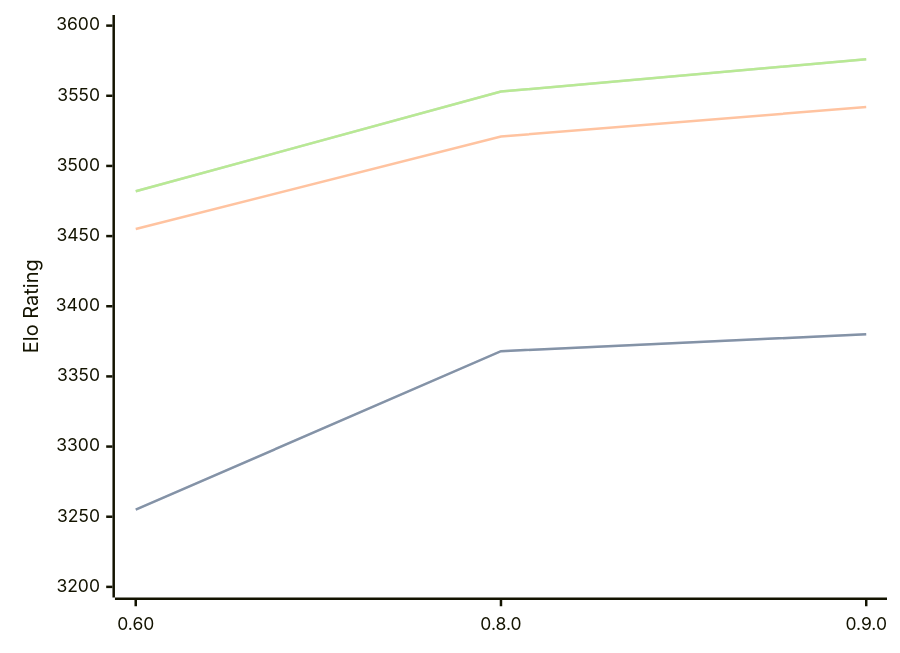
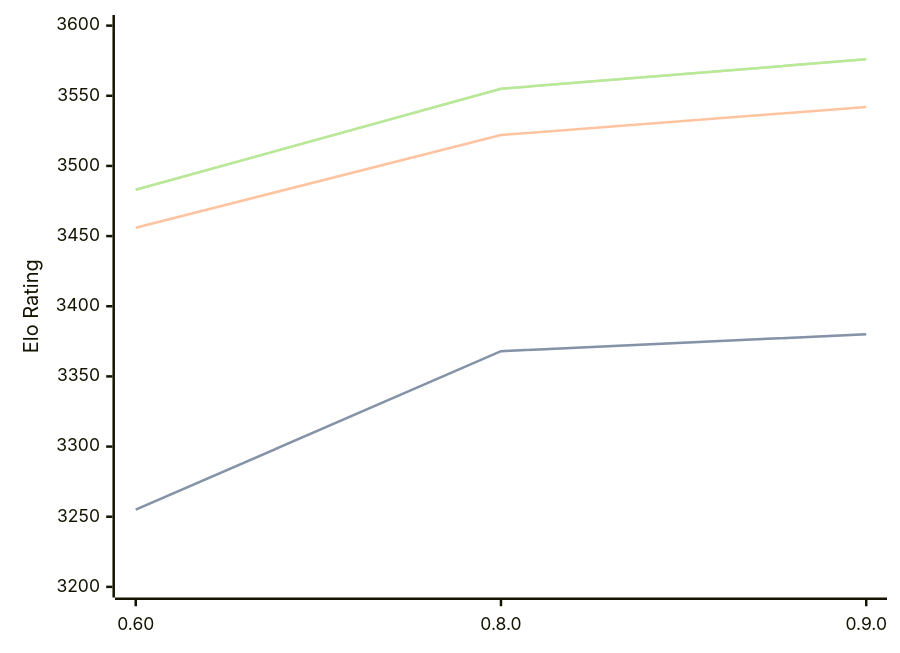
Before and after one commit to computer-chess-index/cci: the diagram in engines/Motor.md, drawn with Mermaid. The commit also changed other lines of this file, not shown here.

Commit message:
Update CCI Ratings (ELO VLTC) - 2026-05-04

````diff
--- a/engines/Motor.md
+++ b/engines/Motor.md
@@ -39,11 +39,11 @@
 ```mermaid
 %%{init: {"theme":"base","themeVariables":{"seriesColors:['#a3a3a3','#222221','#faa371']}}}%%
 xychart-beta
   x-axis ["0.60", "0.8.0", "0.9.0"]
   y-axis "Elo Rating" 3200 --> 3600
   line "STC (8.0+0.08s)" [3255, 3368, 3380]
   line "STC (8.0+0.08s)" [3255, 3368, 3380]
-  line "LTC (60.0+0.60s)" [3455, 3521, 3542]
-  line "VLTC (2m24s+1.12s)" [3482, 3553, 3576]
-  line "VLTC (2m24s+1.12s)" [3482, 3553, 3576]
+  line "LTC (60.0+0.60s)" [3456, 3522, 3542]
+  line "VLTC (2m24s+1.12s)" [3483, 3555, 3576]
+  line "VLTC (2m24s+1.12s)" [3483, 3555, 3576]
 ```
````
